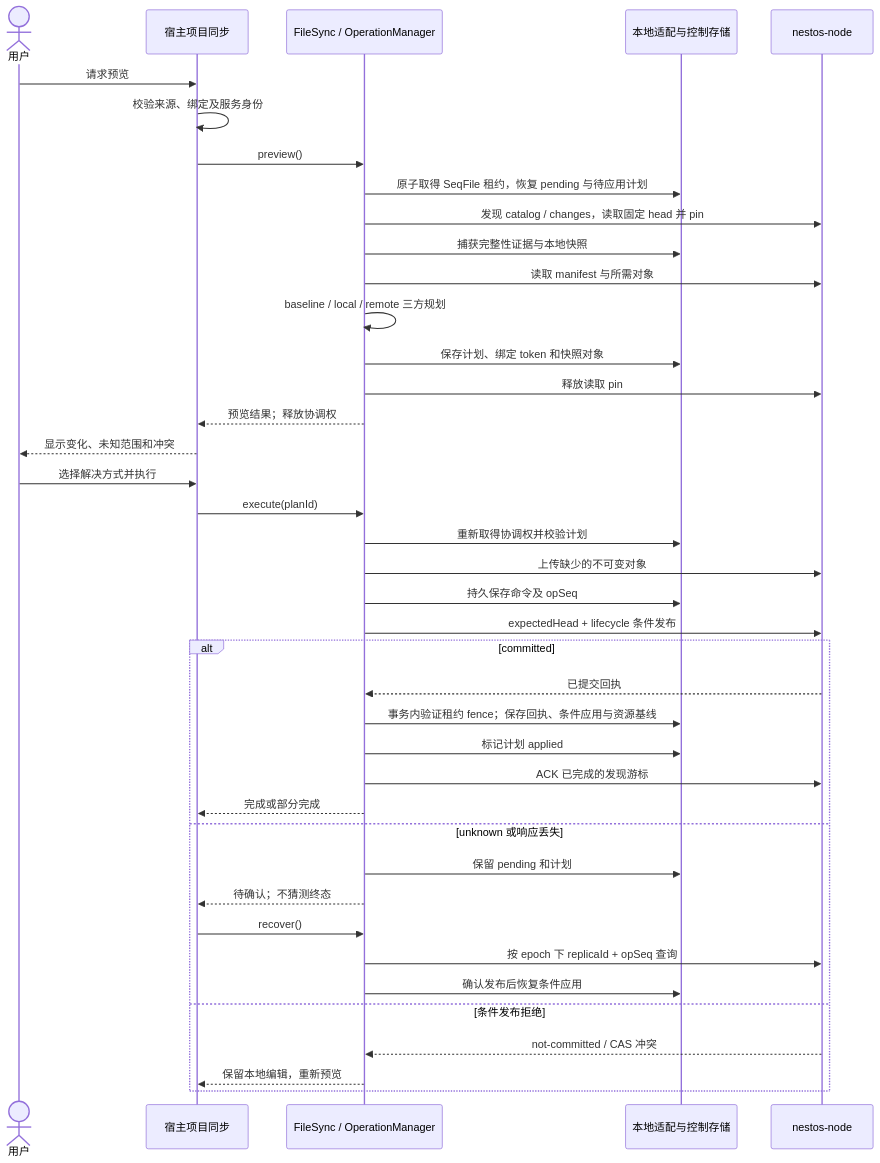
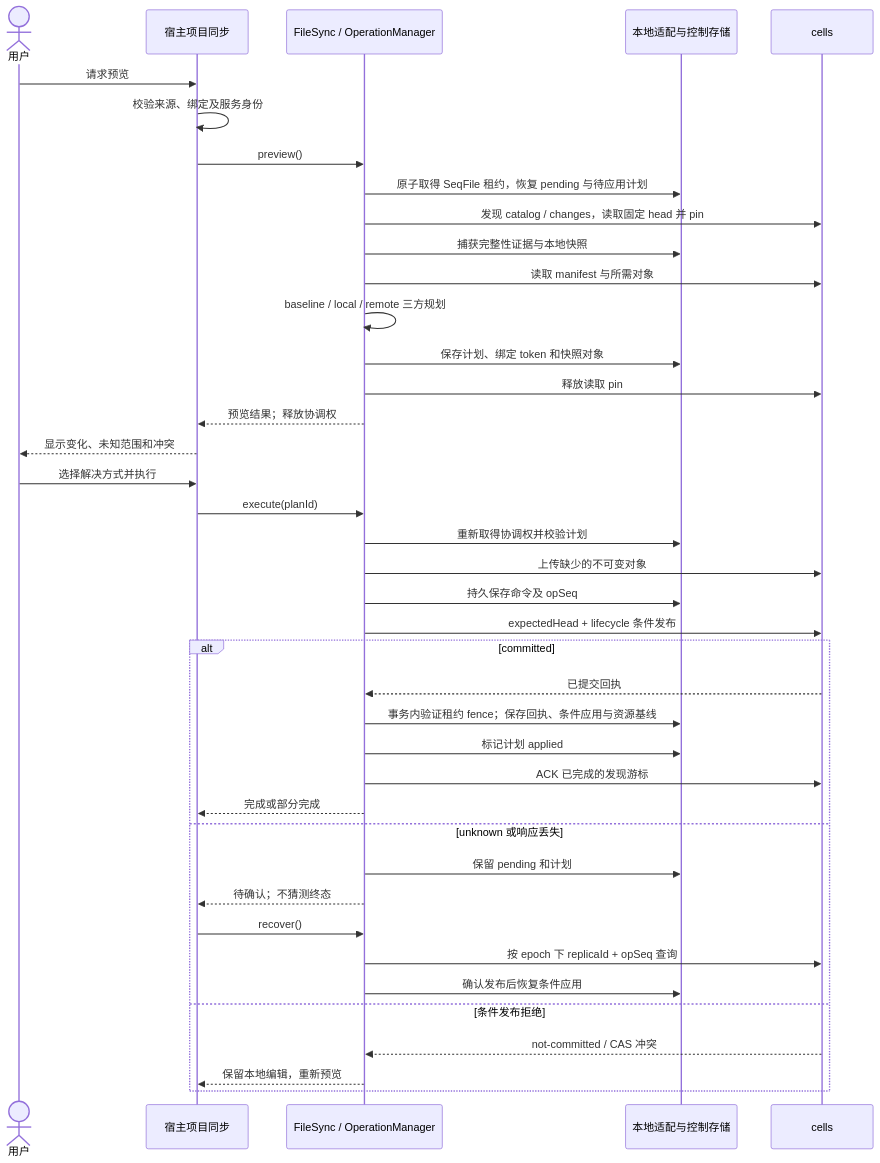
The third of 4 diagrams in doc/design/sync-vfs-module-boundaries.md (mushuanli/NestOS), drawn with Mermaid before and after one commit. The commit also changed other lines of this file and 173 other files, not shown here.

Commit message:
refactor(cells)!: migrate node and driver identities across NestOS

````diff
--- a/doc/design/sync-vfs-module-boundaries.md
+++ b/doc/design/sync-vfs-module-boundaries.md
@@ -84,42 +84,42 @@
 ```mermaid
 sequenceDiagram
     actor User as 用户
     participant Host as 宿主项目同步
     participant Core as FileSync / OperationManager
     participant Local as 本地适配与控制存储
-    participant Cloud as nestos-node
+    participant Cloud as cells
     User->>Host: 请求预览
     Host->>Host: 校验来源、绑定及服务身份
     Host->>Core: preview()
     Core->>Local: 原子取得 SeqFile 租约，恢复 pending 与待应用计划
     Core->>Cloud: 发现 catalog / changes，读取固定 head 并 pin
     Core->>Local: 捕获完整性证据与本地快照
     Core->>Cloud: 读取 manifest 与所需对象
     Core->>Core: baseline / local / remote 三方规划
     Core->>Local: 保存计划、绑定 token 和快照对象
     Core->>Cloud: 释放读取 pin
     Core-->>Host: 预览结果；释放协调权
     Host-->>User: 显示变化、未知范围和冲突
     User->>Host: 选择解决方式并执行
     Host->>Core: execute(planId)
     Core->>Local: 重新取得协调权并校验计划
     Core->>Cloud: 上传缺少的不可变对象
     Core->>Local: 持久保存命令及 opSeq
     Core->>Cloud: expectedHead + lifecycle 条件发布
     alt committed
         Cloud-->>Core: 已提交回执
         Core->>Local: 事务内验证租约 fence；保存回执、条件应用与资源基线
         Core->>Local: 标记计划 applied
         Core->>Cloud: ACK 已完成的发现游标
         Core-->>Host: 完成或部分完成
     else unknown 或响应丢失
         Core->>Local: 保留 pending 和计划
         Core-->>Host: 待确认；不猜测终态
         Host->>Core: recover()
         Core->>Cloud: 按 epoch 下 replicaId + opSeq 查询
         Core->>Local: 确认发布后恢复条件应用
     else 条件发布拒绝
         Cloud-->>Core: not-committed / CAS 冲突
         Core-->>Host: 保留本地编辑，重新预览
     end
 ```
````
